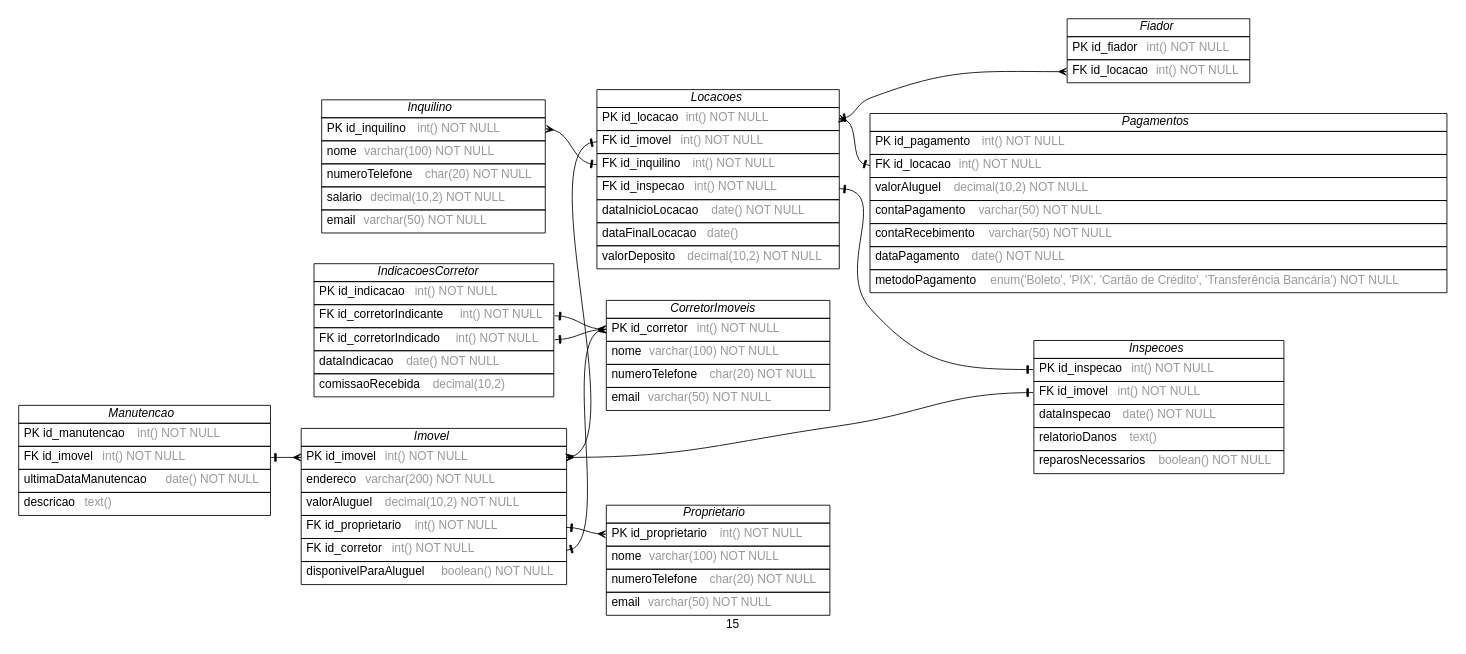
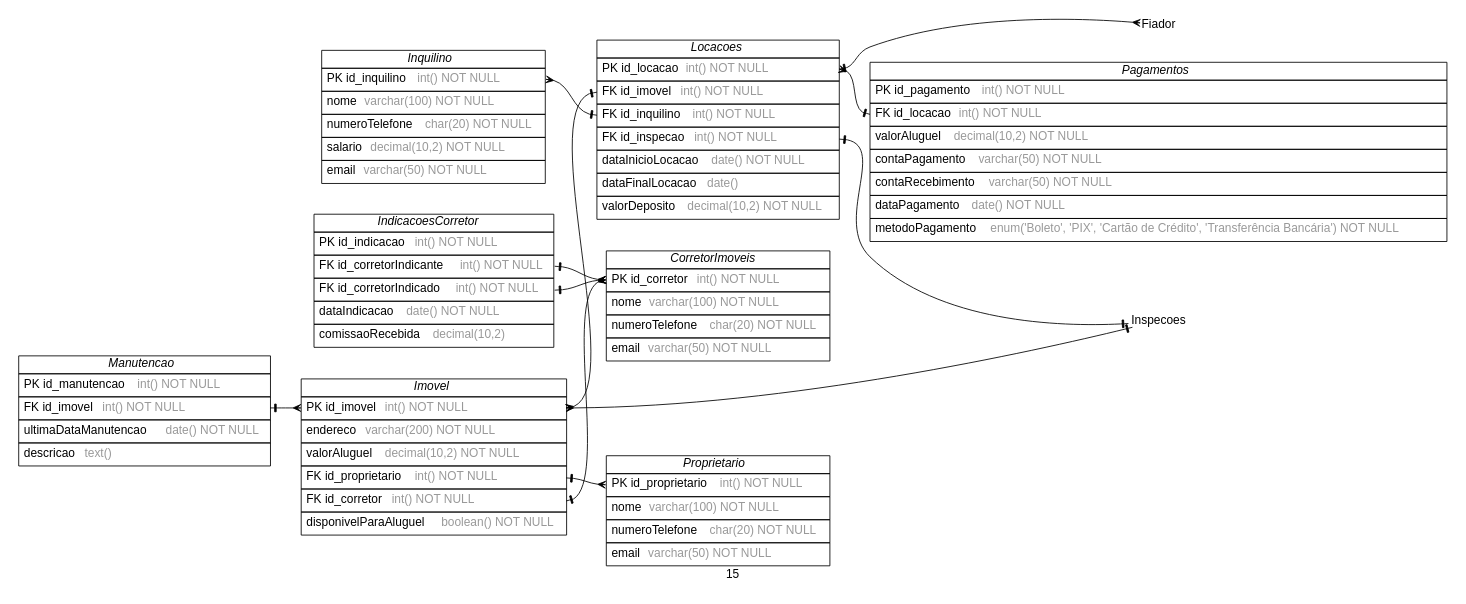
Before and after one commit to juliaokmenezes/TXT-to-ERD: the diagram in avaliacao/dot-json/15.dot, drawn with Graphviz. The commit also changed 12 other files, not shown here.

```diff
--- a/avaliacao/dot-json/15.dot
+++ b/avaliacao/dot-json/15.dot
@@ -1,196 +1,181 @@
 /* created with ERDot < https://github.com/ehne/ERDot > */
 digraph G {
     graph [
         nodesep=0.5;
         rankdir="LR";
         concentrate=true;
         splines="spline";
         fontname="Helvetica";
         pad="0.2,0.2",
         label="15",
         
     ];
     
     node [shape=plain, fontname="Helvetica"];
     edge [
         dir=both,
         fontsize=12,
         arrowsize=0.9,
         penwidth=1.0,
         labelangle=32,
         labeldistance=1.8,
         fontname="Helvetica"
     ];
     
     "CorretorImoveis" [ label=<
         <table border="0" cellborder="1" cellspacing="0" >
         <tr><td><i>CorretorImoveis</i></td></tr>
         <tr><td port="id_corretor" align="left" cellpadding="5">PK id_corretor <font color="grey60">int() NOT NULL</font></td></tr>
         <tr><td port="nome" align="left" cellpadding="5">nome <font color="grey60">varchar(100) NOT NULL</font></td></tr>
         <tr><td port="numeroTelefone" align="left" cellpadding="5">numeroTelefone <font color="grey60">char(20) NOT NULL</font></td></tr>
         <tr><td port="email" align="left" cellpadding="5">email <font color="grey60">varchar(50) NOT NULL</font></td></tr>
     </table>>];
     "Proprietario" [ label=<
         <table border="0" cellborder="1" cellspacing="0" >
         <tr><td><i>Proprietario</i></td></tr>
         <tr><td port="id_proprietario" align="left" cellpadding="5">PK id_proprietario <font color="grey60">int() NOT NULL</font></td></tr>
         <tr><td port="nome" align="left" cellpadding="5">nome <font color="grey60">varchar(100) NOT NULL</font></td></tr>
         <tr><td port="numeroTelefone" align="left" cellpadding="5">numeroTelefone <font color="grey60">char(20) NOT NULL</font></td></tr>
         <tr><td port="email" align="left" cellpadding="5">email <font color="grey60">varchar(50) NOT NULL</font></td></tr>
     </table>>];
     "Inquilino" [ label=<
         <table border="0" cellborder="1" cellspacing="0" >
         <tr><td><i>Inquilino</i></td></tr>
         <tr><td port="id_inquilino" align="left" cellpadding="5">PK id_inquilino <font color="grey60">int() NOT NULL</font></td></tr>
         <tr><td port="nome" align="left" cellpadding="5">nome <font color="grey60">varchar(100) NOT NULL</font></td></tr>
         <tr><td port="numeroTelefone" align="left" cellpadding="5">numeroTelefone <font color="grey60">char(20) NOT NULL</font></td></tr>
         <tr><td port="salario" align="left" cellpadding="5">salario <font color="grey60">decimal(10,2) NOT NULL</font></td></tr>
         <tr><td port="email" align="left" cellpadding="5">email <font color="grey60">varchar(50) NOT NULL</font></td></tr>
     </table>>];
     "Imovel" [ label=<
         <table border="0" cellborder="1" cellspacing="0" >
         <tr><td><i>Imovel</i></td></tr>
         <tr><td port="id_imovel" align="left" cellpadding="5">PK id_imovel <font color="grey60">int() NOT NULL</font></td></tr>
         <tr><td port="endereco" align="left" cellpadding="5">endereco <font color="grey60">varchar(200) NOT NULL</font></td></tr>
         <tr><td port="valorAluguel" align="left" cellpadding="5">valorAluguel <font color="grey60">decimal(10,2) NOT NULL</font></td></tr>
         <tr><td port="id_proprietario" align="left" cellpadding="5">FK id_proprietario <font color="grey60">int() NOT NULL</font></td></tr>
         <tr><td port="id_corretor" align="left" cellpadding="5">FK id_corretor <font color="grey60">int() NOT NULL</font></td></tr>
         <tr><td port="disponivelParaAluguel" align="left" cellpadding="5">disponivelParaAluguel <font color="grey60">boolean() NOT NULL</font></td></tr>
     </table>>];
     "Locacoes" [ label=<
         <table border="0" cellborder="1" cellspacing="0" >
         <tr><td><i>Locacoes</i></td></tr>
         <tr><td port="id_locacao" align="left" cellpadding="5">PK id_locacao <font color="grey60">int() NOT NULL</font></td></tr>
         <tr><td port="id_imovel" align="left" cellpadding="5">FK id_imovel <font color="grey60">int() NOT NULL</font></td></tr>
         <tr><td port="id_inquilino" align="left" cellpadding="5">FK id_inquilino <font color="grey60">int() NOT NULL</font></td></tr>
         <tr><td port="id_inspecao" align="left" cellpadding="5">FK id_inspecao <font color="grey60">int() NOT NULL</font></td></tr>
         <tr><td port="dataInicioLocacao" align="left" cellpadding="5">dataInicioLocacao <font color="grey60">date() NOT NULL</font></td></tr>
         <tr><td port="dataFinalLocacao" align="left" cellpadding="5">dataFinalLocacao <font color="grey60">date()</font></td></tr>
         <tr><td port="valorDeposito" align="left" cellpadding="5">valorDeposito <font color="grey60">decimal(10,2) NOT NULL</font></td></tr>
     </table>>];
     "Pagamentos" [ label=<
         <table border="0" cellborder="1" cellspacing="0" >
         <tr><td><i>Pagamentos</i></td></tr>
         <tr><td port="id_pagamento" align="left" cellpadding="5">PK id_pagamento <font color="grey60">int() NOT NULL</font></td></tr>
         <tr><td port="id_locacao" align="left" cellpadding="5">FK id_locacao <font color="grey60">int() NOT NULL</font></td></tr>
         <tr><td port="valorAluguel" align="left" cellpadding="5">valorAluguel <font color="grey60">decimal(10,2) NOT NULL</font></td></tr>
         <tr><td port="contaPagamento" align="left" cellpadding="5">contaPagamento <font color="grey60">varchar(50) NOT NULL</font></td></tr>
         <tr><td port="contaRecebimento" align="left" cellpadding="5">contaRecebimento <font color="grey60">varchar(50) NOT NULL</font></td></tr>
         <tr><td port="dataPagamento" align="left" cellpadding="5">dataPagamento <font color="grey60">date() NOT NULL</font></td></tr>
         <tr><td port="metodoPagamento" align="left" cellpadding="5">metodoPagamento <font color="grey60">enum(&#039;Boleto&#039;, &#039;PIX&#039;, &#039;Cartão de Crédito&#039;, &#039;Transferência Bancária&#039;) NOT NULL</font></td></tr>
     </table>>];
-    "Fiador" [ label=<
-        <table border="0" cellborder="1" cellspacing="0" >
-        <tr><td><i>Fiador</i></td></tr>
-        <tr><td port="id_fiador" align="left" cellpadding="5">PK id_fiador <font color="grey60">int() NOT NULL</font></td></tr>
-        <tr><td port="id_locacao" align="left" cellpadding="5">FK id_locacao <font color="grey60">int() NOT NULL</font></td></tr>
-    </table>>];
     "Manutencao" [ label=<
         <table border="0" cellborder="1" cellspacing="0" >
         <tr><td><i>Manutencao</i></td></tr>
         <tr><td port="id_manutencao" align="left" cellpadding="5">PK id_manutencao <font color="grey60">int() NOT NULL</font></td></tr>
         <tr><td port="id_imovel" align="left" cellpadding="5">FK id_imovel <font color="grey60">int() NOT NULL</font></td></tr>
         <tr><td port="ultimaDataManutencao" align="left" cellpadding="5">ultimaDataManutencao <font color="grey60">date() NOT NULL</font></td></tr>
         <tr><td port="descricao" align="left" cellpadding="5">descricao <font color="grey60">text()</font></td></tr>
-    </table>>];
-    "Inspecoes" [ label=<
-        <table border="0" cellborder="1" cellspacing="0" >
-        <tr><td><i>Inspecoes</i></td></tr>
-        <tr><td port="id_inspecao" align="left" cellpadding="5">PK id_inspecao <font color="grey60">int() NOT NULL</font></td></tr>
-        <tr><td port="id_imovel" align="left" cellpadding="5">FK id_imovel <font color="grey60">int() NOT NULL</font></td></tr>
-        <tr><td port="dataInspecao" align="left" cellpadding="5">dataInspecao <font color="grey60">date() NOT NULL</font></td></tr>
-        <tr><td port="relatorioDanos" align="left" cellpadding="5">relatorioDanos <font color="grey60">text()</font></td></tr>
-        <tr><td port="reparosNecessarios" align="left" cellpadding="5">reparosNecessarios <font color="grey60">boolean() NOT NULL</font></td></tr>
     </table>>];
     "IndicacoesCorretor" [ label=<
         <table border="0" cellborder="1" cellspacing="0" >
         <tr><td><i>IndicacoesCorretor</i></td></tr>
         <tr><td port="id_indicacao" align="left" cellpadding="5">PK id_indicacao <font color="grey60">int() NOT NULL</font></td></tr>
         <tr><td port="id_corretorIndicante" align="left" cellpadding="5">FK id_corretorIndicante <font color="grey60">int() NOT NULL</font></td></tr>
         <tr><td port="id_corretorIndicado" align="left" cellpadding="5">FK id_corretorIndicado <font color="grey60">int() NOT NULL</font></td></tr>
         <tr><td port="dataIndicacao" align="left" cellpadding="5">dataIndicacao <font color="grey60">date() NOT NULL</font></td></tr>
         <tr><td port="comissaoRecebida" align="left" cellpadding="5">comissaoRecebida <font color="grey60">decimal(10,2)</font></td></tr>
     </table>>];
 
     
     "Imovel":"id_corretor"->"CorretorImoveis":"id_corretor" [
         arrowhead=ocrow,
 
         arrowtail=noneotee,
     ];
 
     
     "Imovel":"id_proprietario"->"Proprietario":"id_proprietario" [
         arrowhead=ocrow,
 
         arrowtail=noneotee,
     ];
 
     
     "Imovel":"id_imovel"->"Locacoes":"id_imovel" [
         arrowhead=noneotee,
 
         arrowtail=ocrow,
     ];
 
     
     "Inquilino":"id_inquilino"->"Locacoes":"id_inquilino" [
         arrowhead=noneotee,
 
         arrowtail=ocrow,
     ];
 
     
     "Locacoes":"id_locacao"->"Pagamentos":"id_locacao" [
         arrowhead=noneotee,
 
         arrowtail=ocrow,
     ];
 
     
     "Locacoes":"id_locacao"->"Fiador":"id_locacao" [
         arrowhead=ocrow,
 
         arrowtail=noneotee,
     ];
 
     
     "Manutencao":"id_imovel"->"Imovel":"id_imovel" [
         arrowhead=ocrow,
 
         arrowtail=noneotee,
     ];
 
     
     "Inspecoes":"id_imovel"->"Imovel":"id_imovel" [
         arrowhead=ocrow,
 
         arrowtail=noneotee,
     ];
 
     
     "Locacoes":"id_inspecao"->"Inspecoes":"id_inspecao" [
         arrowhead=noneotee,
 
         arrowtail=noneotee,
     ];
 
     
     "IndicacoesCorretor":"id_corretorIndicante"->"CorretorImoveis":"id_corretor" [
         arrowhead=ocrow,
 
         arrowtail=noneotee,
     ];
 
     
     "IndicacoesCorretor":"id_corretorIndicado"->"CorretorImoveis":"id_corretor" [
         arrowhead=ocrow,
 
         arrowtail=noneotee,
     ];
 
 
 
     
 
 }
```
